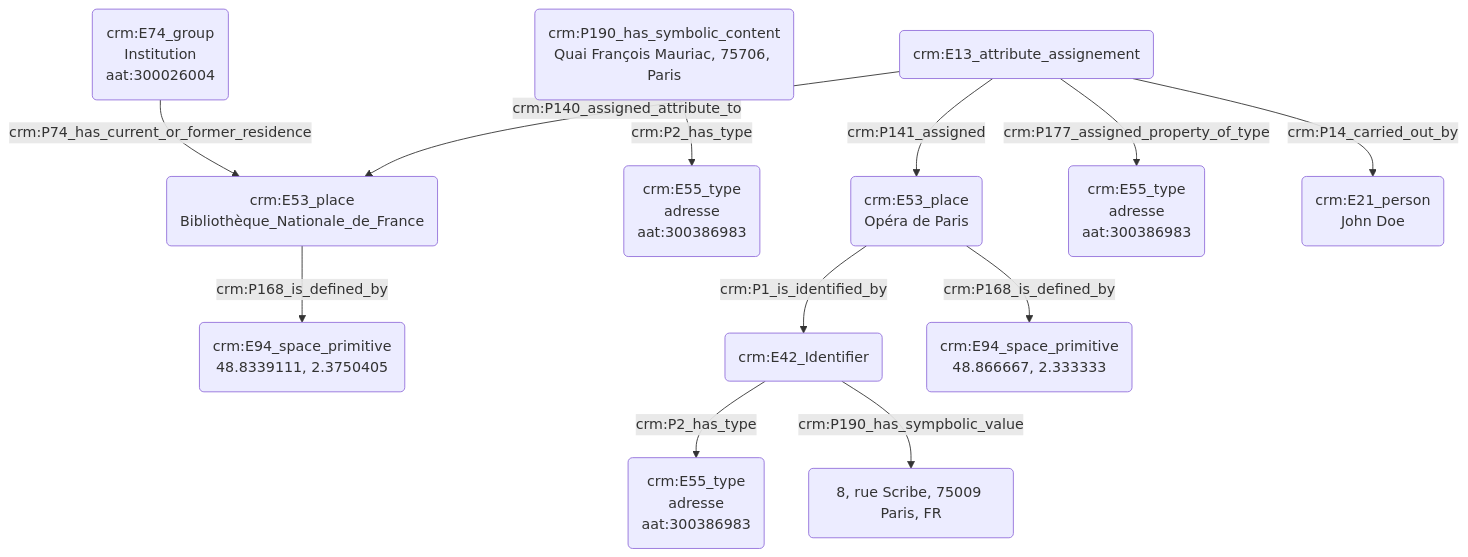
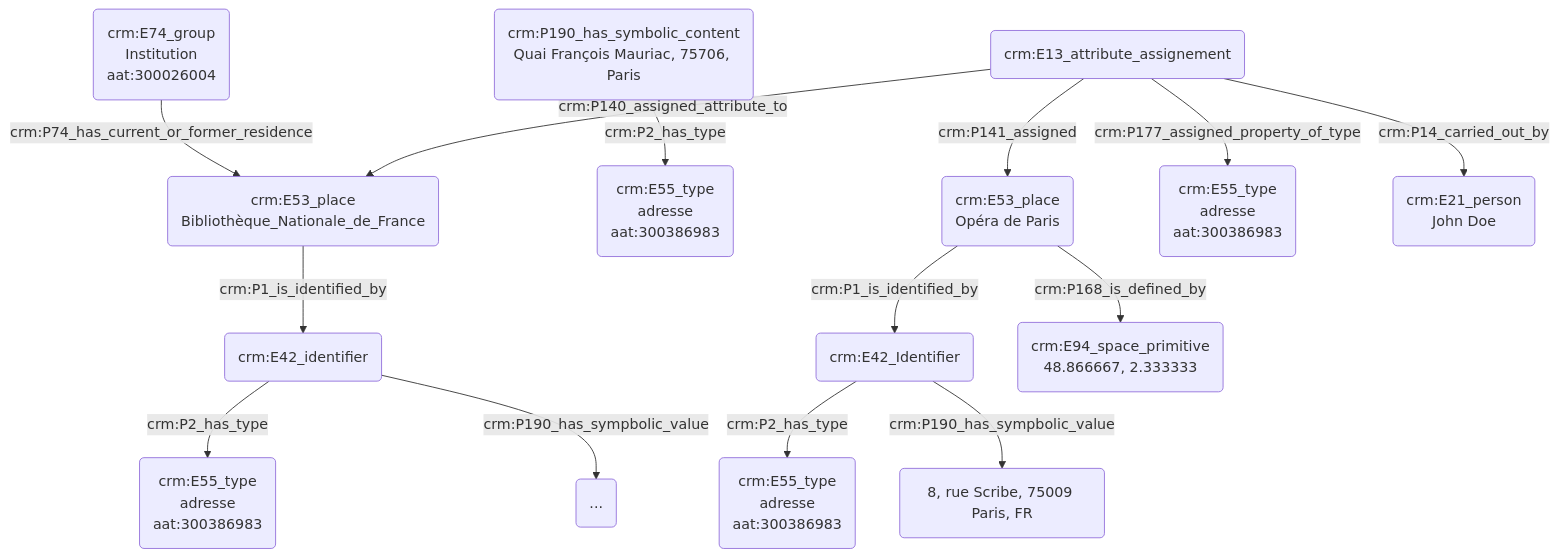
Before and after one commit to Amleth/consortium-musica2-gt2-ontologies: the diagram in modules/livrables/Dossier 2/Indexation conceptuelle/indexation_d_un_lieu.md, drawn with Mermaid.

````diff
--- a/modules/livrables/Dossier 2/Indexation conceptuelle/indexation_d_un_lieu.md
+++ b/modules/livrables/Dossier 2/Indexation conceptuelle/indexation_d_un_lieu.md
@@ -17,22 +17,25 @@
 ```mermaid
 graph TD;
 
-A(crm:E53_place<br>Bibliothèque_Nationale_de_France) --> |crm:P168_is_defined_by| B(crm:E94_space_primitive<br>48.8339111, 2.3750405)
+A(crm:E53_place<br>Bibliothèque_Nationale_de_France) --> |crm:P1_is_identified_by| B(crm:E42_identifier)
+B(crm:E42_identifier) --> |crm:P2_has_type| X(crm:E55_type<br>adresse<br>aat:300386983)
+B(crm:E42_identifier) --> |crm:P190_has_sympbolic_value| Y(...)
+
 C(crm:E74_group<br>Institution<br>aat:300026004) --> |crm:P74_has_current_or_former_residence| A(crm:E53_place<br>Bibliothèque_Nationale_de_France)
 D(crm:P190_has_symbolic_content<br>Quai François Mauriac, 75706, Paris) --> |crm:P2_has_type| E(crm:E55_type<br>adresse<br>aat:300386983)
 
 H(crm:E13_attribute_assignement) --> |crm:P140_assigned_attribute_to| A(crm:E53_place<br>Bibliothèque_Nationale_de_France) 
 H(crm:E13_attribute_assignement) --> |crm:P141_assigned| I(crm:E53_place<br>Opéra de Paris)
 
 I(crm:E53_place<br>Bibliothèque Nationale de France) --> |crm:P1_is_identified_by| S(crm:E42_Identifier<br>Quai François Mauriac, 75706 Paris)
 I(crm:E53_place<br>Opéra de Paris) --> |crm:P168_is_defined_by| G(crm:E94_space_primitive
 48.866667, 2.333333)
 S(crm:E42_Identifier) --> |crm:P2_has_type| T(crm:E55_type<br>adresse<br>aat:300386983)
 S(crm:E42_Identifier) --> |crm:P190_has_sympbolic_value| U(8, rue Scribe, 75009 Paris, FR)
 
 
 H(crm:E13_attribute_assignement) --> |crm:P177_assigned_property_of_type| K(crm:E55_type<br>adresse<br>aat:300386983)
 H(crm:E13_attribute_assignement) --> |crm:P14_carried_out_by| J(crm:E21_person<br>John Doe)
 
 
 ```
````
